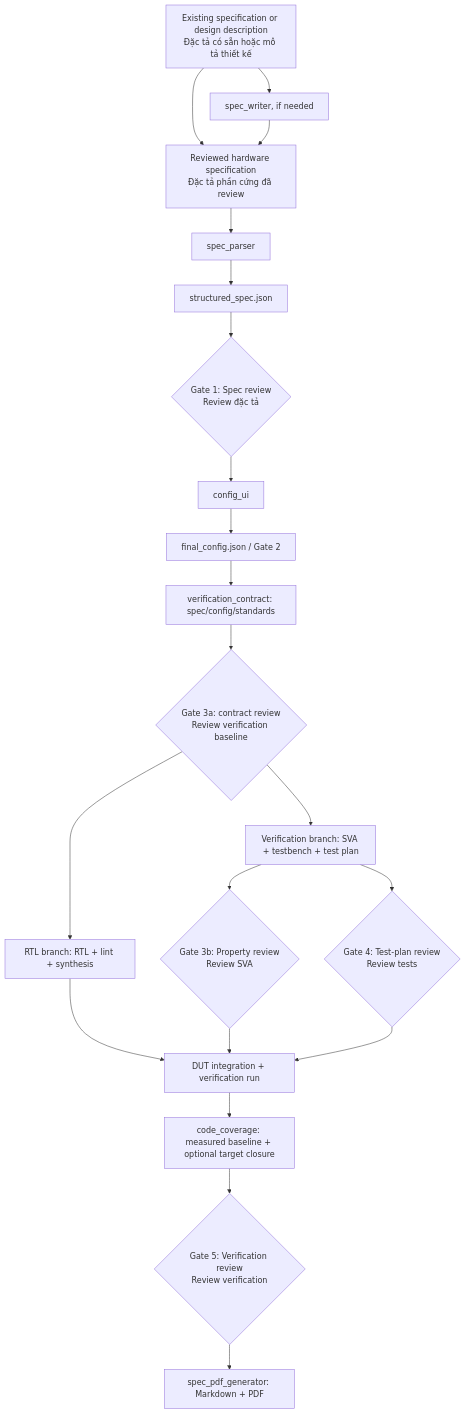
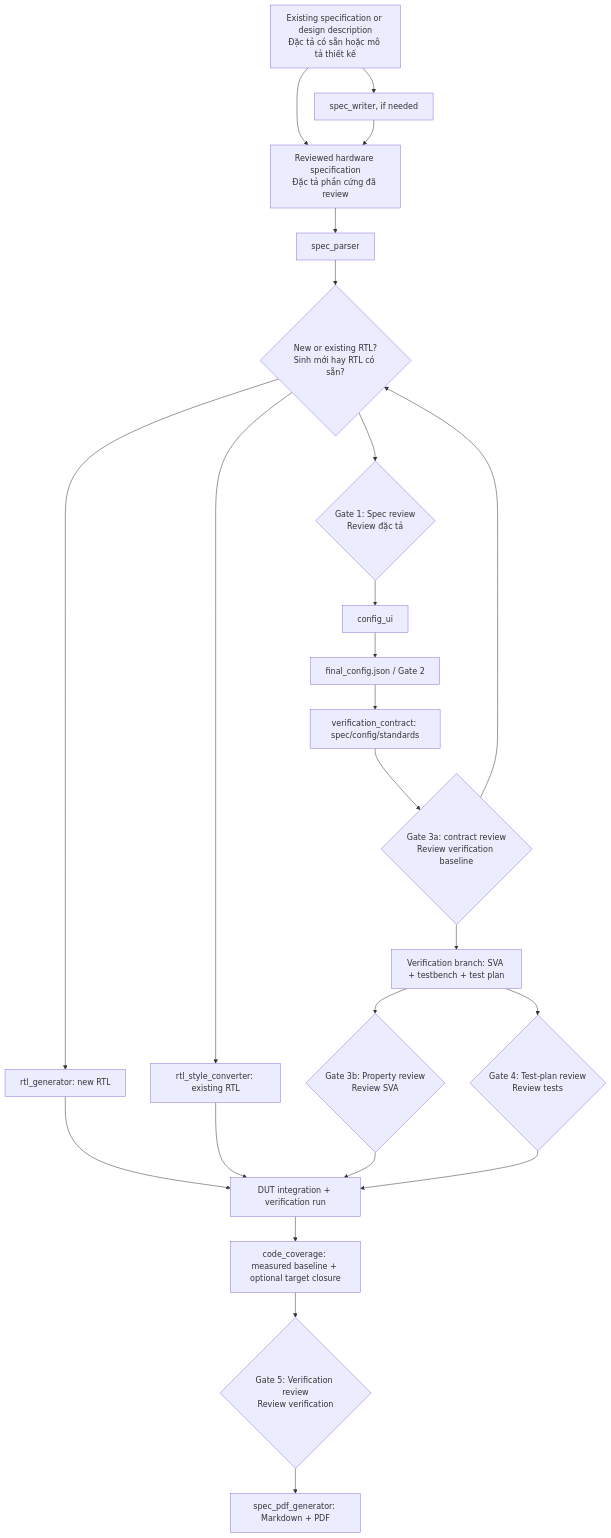
One commit to nguyenquanicd/VLSIT_RTL_Generator_AI_Flow changed the diagram in README.md. Above: the diagram before and after it, drawn with Mermaid. The commit also changed other lines of this file and 9 other files, not shown here.

```diff
--- a/README.md
+++ b/README.md
@@ -55,23 +55,26 @@
 ~~~mermaid
 flowchart TD
     U["Existing specification or design description<br/>Đặc tả có sẵn hoặc mô tả thiết kế"] --> S["Reviewed hardware specification<br/>Đặc tả phần cứng đã review"]
     U --> W["spec_writer, if needed"]
     W --> S
     S --> P[spec_parser]
     P --> R[structured_spec.json]
     R --> G1{"Gate 1: Spec review<br/>Review đặc tả"}
     G1 --> C[config_ui]
     C --> F["final_config.json / Gate 2"]
     F --> VC["verification_contract: spec/config/standards"]
     VC --> G3A{"Gate 3a: contract review<br/>Review verification baseline"}
-    G3A --> RTL["RTL branch: RTL + lint + synthesis"]
+    G3A --> R{"New or existing RTL?<br/>Sinh mới hay RTL có sẵn?"}
+    R --> RTL["rtl_generator: new RTL"]
+    R --> SC["rtl_style_converter: existing RTL"]
     G3A --> A["Verification branch: SVA + testbench + test plan"]
     A --> G3B{"Gate 3b: Property review<br/>Review SVA"}
     A --> G4{"Gate 4: Test-plan review<br/>Review tests"}
     RTL --> V["DUT integration + verification run"]
+    SC --> V
     G3B --> V
     G4 --> V
     V --> CC["code_coverage: measured baseline + optional target closure"]
     CC --> G5{"Gate 5: Verification review<br/>Review verification"}
     G5 --> D["spec_pdf_generator: Markdown + PDF"]
 ~~~
```
